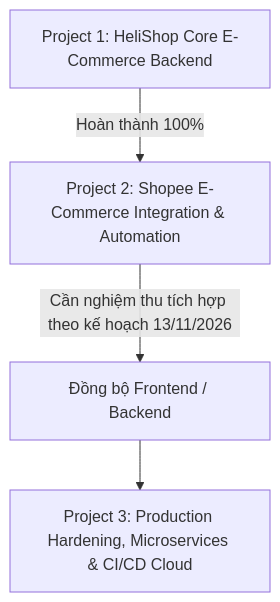
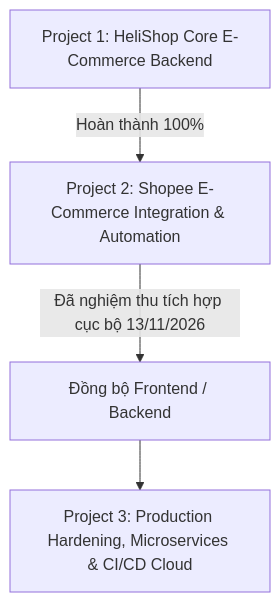
One commit to vass05/ShopBanHangOnline changed the diagram in docs/ROADMAP.md. Above: the diagram before and after it, drawn with Mermaid. The commit also changed other lines of this file and 23 other files, not shown here.

````diff
--- a/docs/ROADMAP.md
+++ b/docs/ROADMAP.md
@@ -46,6 +23,6 @@
 ```mermaid
 graph TD
     P1[Project 1: HeliShop Core E-Commerce Backend] -->|Hoàn thành 100%| P2[Project 2: Shopee E-Commerce Integration & Automation]
-    P2 -->|Cần nghiệm thu tích hợp theo kế hoạch 13/11/2026| I[Đồng bộ Frontend / Backend]
+    P2 -->|Đã nghiệm thu tích hợp cục bộ 13/11/2026| I[Đồng bộ Frontend / Backend]
     I --> P3[Project 3: Production Hardening, Microservices & CI/CD Cloud]
 ```
````
